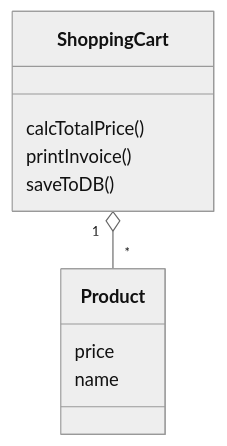
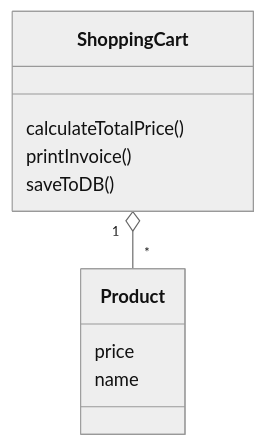
One commit to bikash138/Low-Level-Design changed the first of 2 diagrams in SOLID Pinciples/SRP/SRP.md. Above: the diagram before and after it, drawn with Mermaid (neutral theme). The commit also changed other lines of this file and 4 other files, not shown here.

````diff
--- a/SOLID Pinciples/SRP/SRP.md
+++ b/SOLID Pinciples/SRP/SRP.md
@@ -15,13 +15,13 @@
 ```mermaid
 classDiagram
 class Product {
   price
   name
 }
 class ShoppingCart {
-  calcTotalPrice()
+  calculateTotalPrice()
   printInvoice()
   saveToDB()
 }
 ShoppingCart "1" o-- "*" Product
 ```
````
